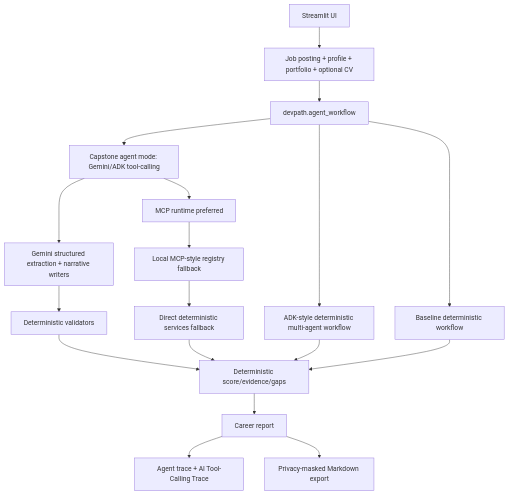
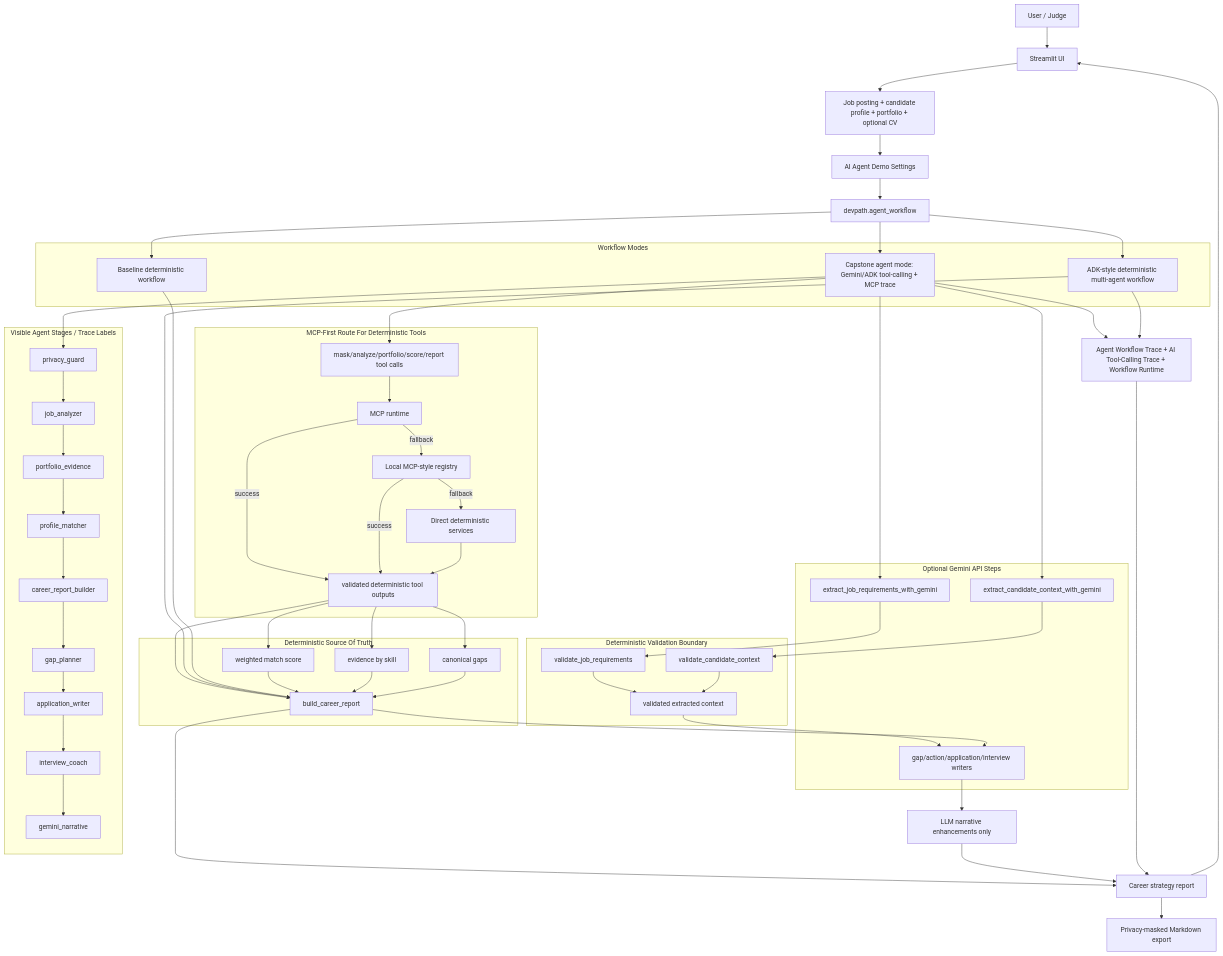
The diagram in README.md (kranel-argonavt/devpath-agent), drawn with Mermaid before and after one commit. The commit also changed other lines of this file and 4 other files, not shown here.

````diff
--- a/README.md
+++ b/README.md
@@ -15,32 +17,95 @@
 ```mermaid
 flowchart TD
-    UI["Streamlit UI"]
-    Inputs["Job posting + profile + portfolio + optional CV"]
+    User["User / Judge"]
+    Streamlit["Streamlit UI"]
+    Inputs["Job posting + candidate profile + portfolio + optional CV"]
+    Settings["AI Agent Demo Settings"]
     Workflow["devpath.agent_workflow"]
-    ToolCalling["Capstone agent mode: Gemini/ADK tool-calling"]
-    FullAgent["ADK-style deterministic multi-agent workflow"]
-    Standard["Baseline deterministic workflow"]
-    MCPRuntime["MCP runtime preferred"]
-    MCPRegistry["Local MCP-style registry fallback"]
-    Direct["Direct deterministic services fallback"]
-    Gemini["Gemini structured extraction + narrative writers"]
-    Validators["Deterministic validators"]
-    Score["Deterministic score/evidence/gaps"]
-    Report["Career report"]
-    Runtime["Agent trace + AI Tool-Calling Trace"]
+
+    subgraph Modes["Workflow Modes"]
+        ToolCalling["Capstone agent mode: Gemini/ADK tool-calling + MCP trace"]
+        FullAgent["ADK-style deterministic multi-agent workflow"]
+        Standard["Baseline deterministic workflow"]
+    end
+
+    subgraph TraceAgents["Visible Agent Stages / Trace Labels"]
+        Privacy["privacy_guard"]
+        Job["job_analyzer"]
+        Portfolio["portfolio_evidence"]
+        Matcher["profile_matcher"]
+        CareerBuilder["career_report_builder"]
+        Gap["gap_planner"]
+        Writer["application_writer"]
+        Interview["interview_coach"]
+        GeminiNarrative["gemini_narrative"]
+    end
+
+    subgraph ToolRoute["MCP-First Route For Deterministic Tools"]
+        DeterministicCalls["mask/analyze/portfolio/score/report tool calls"]
+        MCPRuntime["MCP runtime"]
+        MCPRegistry["Local MCP-style registry"]
+        Direct["Direct deterministic services"]
+        ToolOutputs["validated deterministic tool outputs"]
+    end
+
+    subgraph Gemini["Optional Gemini API Steps"]
+        ExtractJob["extract_job_requirements_with_gemini"]
+        ExtractCandidate["extract_candidate_context_with_gemini"]
+        NarrativeWriters["gap/action/application/interview writers"]
+    end
+
+    subgraph Validation["Deterministic Validation Boundary"]
+        JobValidator["validate_job_requirements"]
+        CandidateValidator["validate_candidate_context"]
+        ExtractedContext["validated extracted context"]
+    end
+
+    subgraph SourceOfTruth["Deterministic Source Of Truth"]
+        Score["weighted match score"]
+        Evidence["evidence by skill"]
+        Gaps["canonical gaps"]
+        ReportBuilder["build_career_report"]
+    end
+
+    Enhanced["LLM narrative enhancements only"]
+    Report["Career strategy report"]
+    Runtime["Agent Workflow Trace + AI Tool-Calling Trace + Workflow Runtime"]
     Export["Privacy-masked Markdown export"]
 
-    UI --> Inputs --> Workflow
+    User --> Streamlit --> Inputs --> Settings --> Workflow
     Workflow --> ToolCalling
     Workflow --> FullAgent
     Workflow --> Standard
-    ToolCalling --> MCPRuntime --> MCPRegistry --> Direct
-    ToolCalling --> Gemini --> Validators
-    Validators --> Score
-    Direct --> Score
-    FullAgent --> Score
-    Standard --> Score
-    Score --> Report
-    Report --> Runtime
+
+    ToolCalling --> Privacy --> Job --> Portfolio --> Matcher --> CareerBuilder --> Gap --> Writer --> Interview --> GeminiNarrative
+    ToolCalling --> DeterministicCalls
+    DeterministicCalls --> MCPRuntime
+    MCPRuntime -->|success| ToolOutputs
+    MCPRuntime -->|fallback| MCPRegistry
+    MCPRegistry -->|success| ToolOutputs
+    MCPRegistry -->|fallback| Direct
+    Direct --> ToolOutputs
+    ToolOutputs --> Score
+    ToolOutputs --> Evidence
+    ToolOutputs --> Gaps
+    ToolOutputs --> ReportBuilder
+
+    ToolCalling --> ExtractJob --> JobValidator --> ExtractedContext
+    ToolCalling --> ExtractCandidate --> CandidateValidator --> ExtractedContext
+    ExtractedContext --> NarrativeWriters
+    ReportBuilder --> NarrativeWriters
+    NarrativeWriters --> Enhanced
+
+    FullAgent --> ReportBuilder
+    Standard --> ReportBuilder
+    Score --> ReportBuilder
+    Evidence --> ReportBuilder
+    Gaps --> ReportBuilder
+    ReportBuilder --> Report
+    Enhanced --> Report
+    ToolCalling --> Runtime
+    FullAgent --> Runtime
+    Runtime --> Report
+    Report --> Streamlit
     Report --> Export
 ```
````
